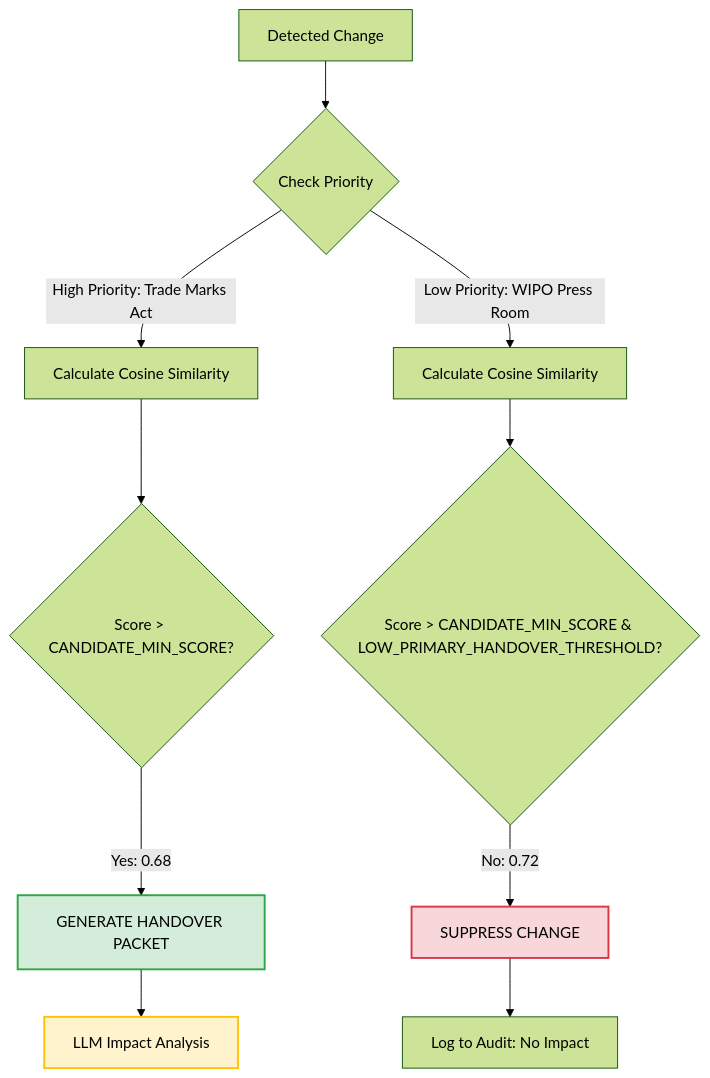
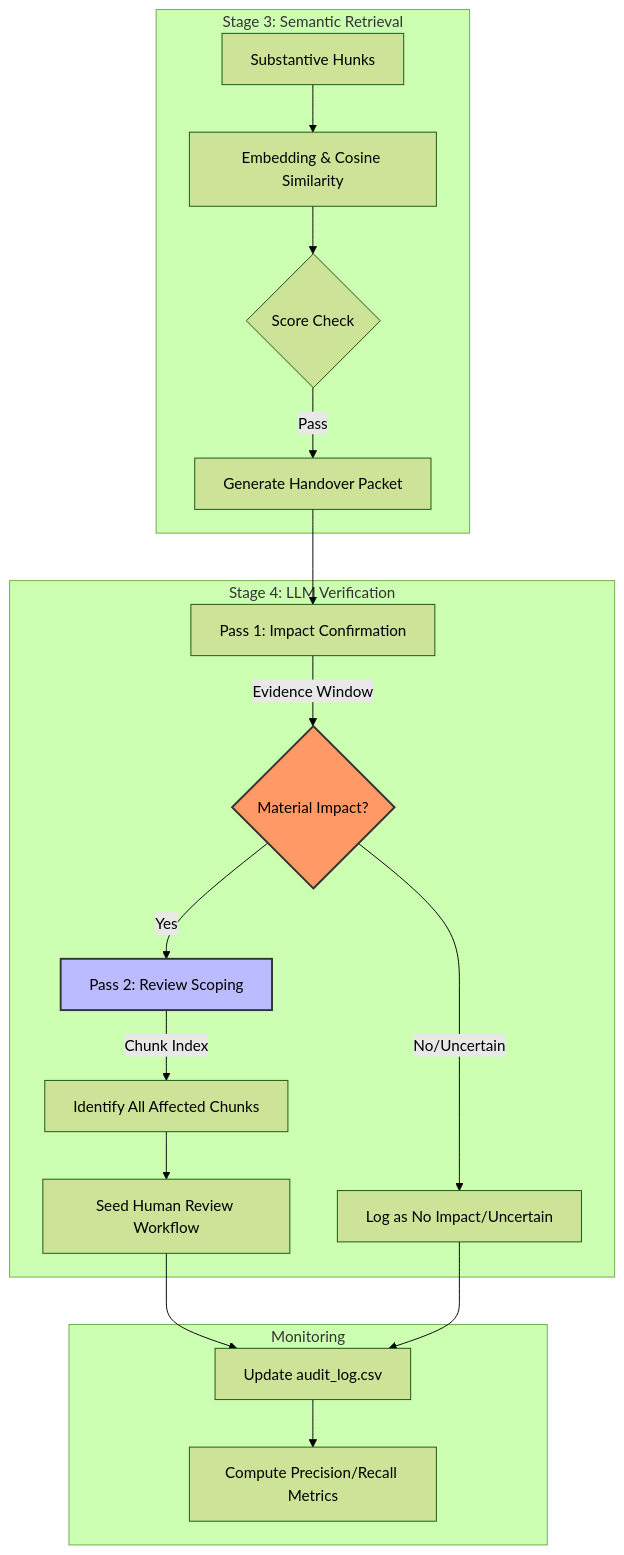
Before and after one commit to Thomas-Amann-IPAustralia/Tripwire: the diagram in README.md, drawn with Mermaid (forest theme). The commit also changed other lines of this file, not shown here.

````diff
--- a/README.md
+++ b/README.md
@@ -116,22 +155,28 @@
 ```mermaid
 graph TD
-    %% Node Definitions
-    A[Detected Change] --> B{Check Priority}
+    subgraph Stage_3 [Stage 3: Semantic Retrieval]
+        A[Substantive Hunks] --> B[Embedding & Cosine Similarity]
+        B --> C{Score Check}
+        C -- Pass --> D[Generate Handover Packet]
+    end
 
-    %% High Priority Path
-    B -- High Priority: Trade Marks Act --> C[Calculate Cosine Similarity]
-    C --> D{Score > CANDIDATE_MIN_SCORE?}
-    D -- Yes: 0.68 --> E[GENERATE HANDOVER PACKET]
-    E --> F[LLM Impact Analysis]
+    subgraph Stage_4 [Stage 4: LLM Verification]
+        D --> E[Pass 1: Impact Confirmation]
+        E --> |Evidence Window| F{Material Impact?}
+        
+        F -- Yes --> G[Pass 2: Review Scoping]
+        F -- No/Uncertain --> H[Log as No Impact/Uncertain]
+        
+        G --> |Chunk Index| I[Identify All Affected Chunks]
+        I --> J[Seed Human Review Workflow]
+    end
 
-    %% Low Priority Path
-    B -- Low Priority: WIPO Press Room --> G[Calculate Cosine Similarity]
-    G --> H{Score > CANDIDATE_MIN_SCORE & LOW_PRIMARY_HANDOVER_THRESHOLD?}
-    H -- No: 0.72 --> I[SUPPRESS CHANGE]
-    I --> J[Log to Audit: No Impact]
+    subgraph Audit_and_Metrics [Monitoring]
+        J --> K[Update audit_log.csv]
+        H --> K
+        K --> L[Compute Precision/Recall Metrics]
+    end
 
-    %% Styling
-    style E fill:#d4edda,stroke:#28a745,stroke-width:2px
-    style I fill:#f8d7da,stroke:#dc3545,stroke-width:2px
-    style F fill:#fff3cd,stroke:#ffc107,stroke-width:2px
+    style F fill:#f96,stroke:#333,stroke-width:2px
+    style G fill:#bbf,stroke:#333,stroke-width:2px
 ```
````
